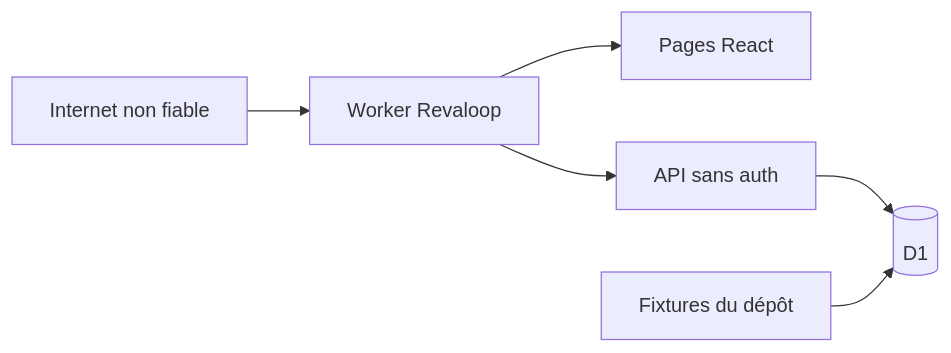
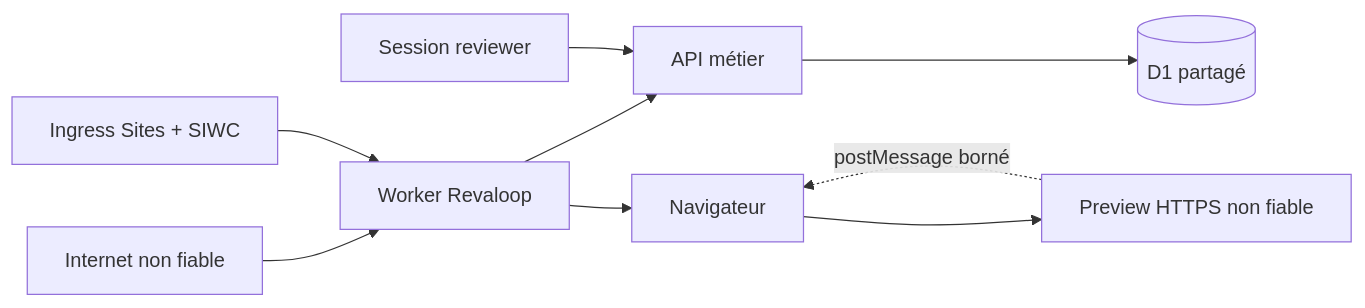
The first of 2 diagrams in docs/THREAT_MODEL.md (rfielbal/Revaloop), drawn with Mermaid before and after one commit. The commit also changed other lines of this file and 47 other files, not shown here.

````diff
--- a/docs/THREAT_MODEL.md
+++ b/docs/THREAT_MODEL.md
@@ -103,8 +68,11 @@
 ```mermaid
 flowchart LR
     internet["Internet non fiable"] --> worker["Worker Revaloop"]
-    worker --> pages["Pages React"]
-    worker --> api["API sans auth"]
-    api --> d1[("D1")]
-    source["Fixtures du dépôt"] --> d1
+    sites["Ingress Sites + SIWC"] --> worker
+    worker --> api["API métier"]
+    api --> d1[("D1 partagé")]
+    reviewer["Session reviewer"] --> api
+    worker --> browser["Navigateur"]
+    browser --> preview["Preview HTTPS non fiable"]
+    preview -. "postMessage borné" .-> browser
 ```
````
